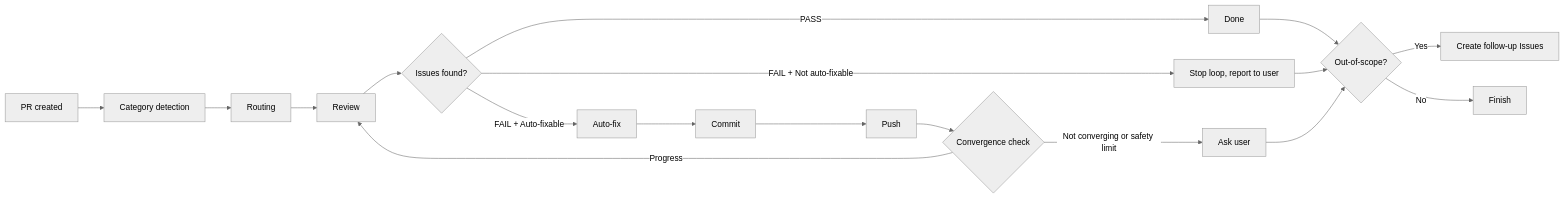
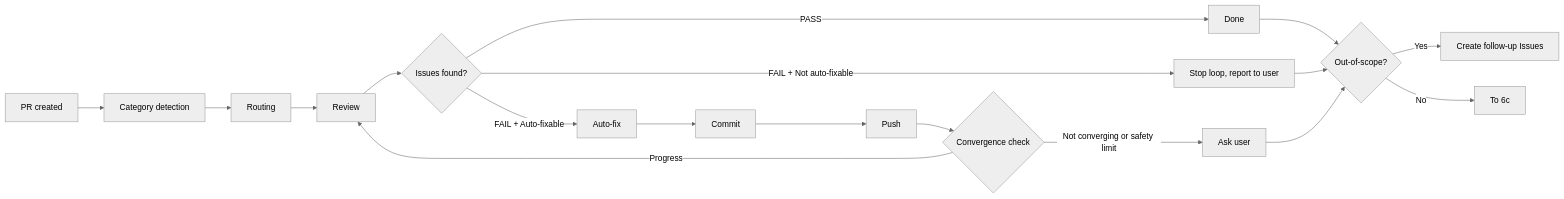
One commit to ShirokumaLibrary/shirokuma-docs changed the diagram in plugin/shirokuma-skills-en/skills/creating-pr-on-issue/SKILL.md. Above: the diagram before and after it, drawn with Mermaid (neutral theme). The commit also changed other lines of this file and 64 other files, not shown here.

````diff
--- a/plugin/shirokuma-skills-en/skills/creating-pr-on-issue/SKILL.md
+++ b/plugin/shirokuma-skills-en/skills/creating-pr-on-issue/SKILL.md
@@ -145,13 +145,13 @@
 ```mermaid
 graph LR
   A[PR created] --> B[Category detection] --> C[Routing] --> D[Review] --> E{Issues found?}
   E -->|FAIL + Auto-fixable| F[Auto-fix] --> G[Commit] --> H[Push] --> I{Convergence check}
   I -->|Progress| D
   I -->|Not converging or safety limit| K[Ask user]
   E -->|FAIL + Not auto-fixable| J[Stop loop, report to user]
   E -->|PASS| L[Done] --> M{Out-of-scope?}
   M -->|Yes| N[Create follow-up Issues]
-  M -->|No| O[Finish]
+  M -->|No| O[To 6c]
   J --> M
   K --> M
 ```
````
